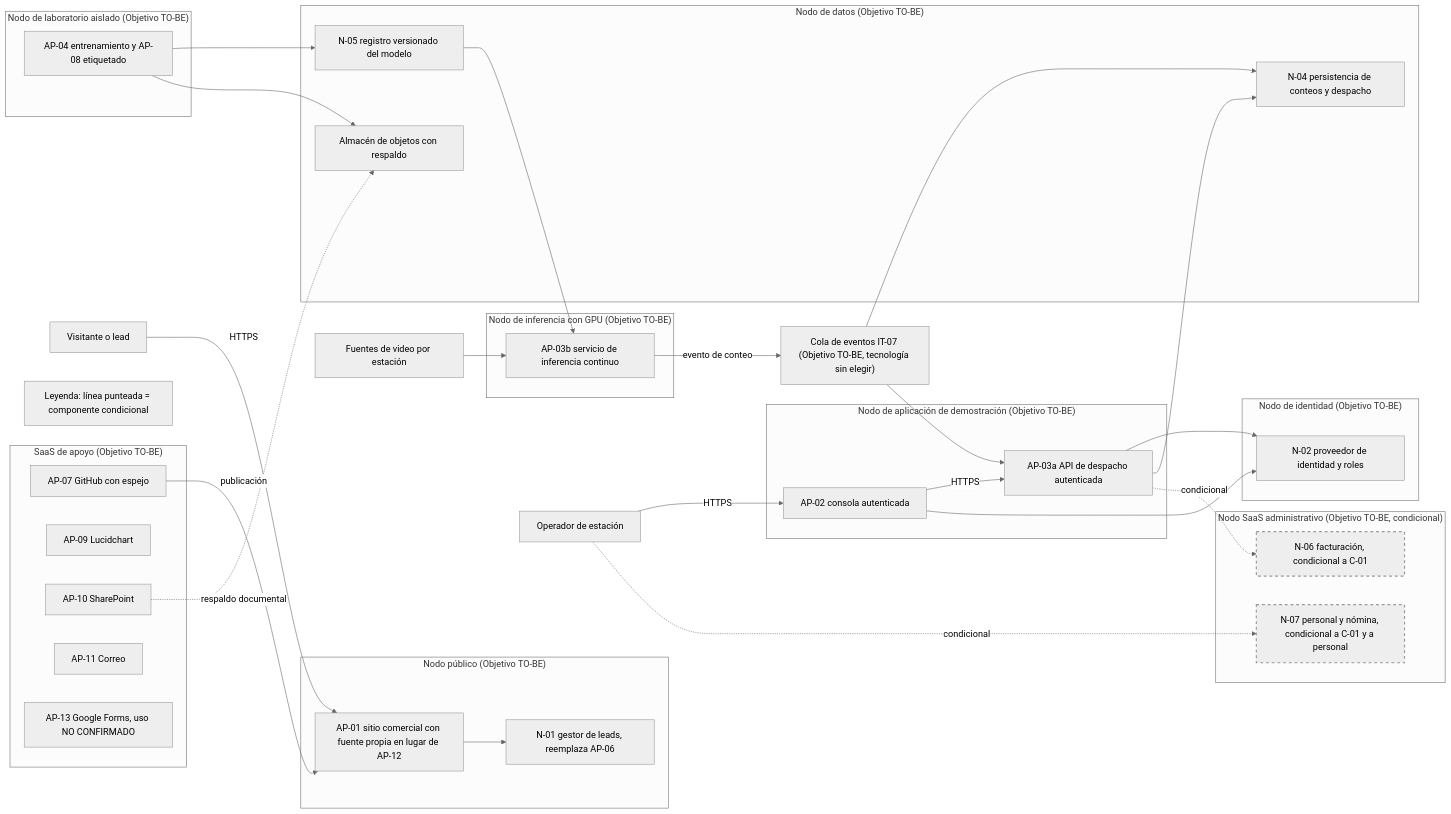
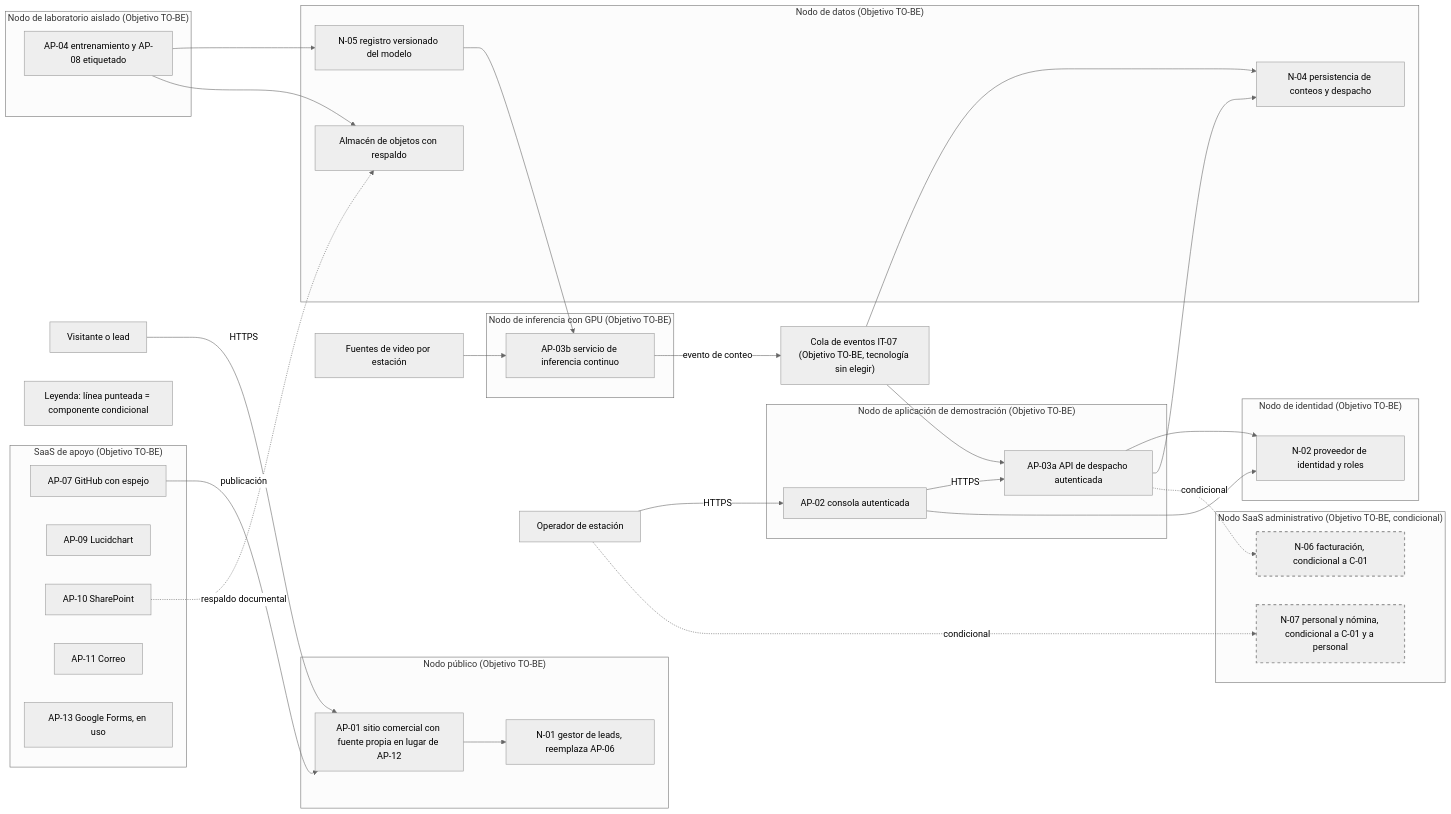
Before and after one commit to 5arSanti/tro-launcher: the diagram in docs/ae-final-project/ondas/M4-tecnologia/diagramas/E4b-tecnologia-to-be.mmd, drawn with Mermaid (neutral theme). The commit also changed 20 other files, not shown here.

First line of the commit message:
Cierre de NO CONFIRMADO: cámaras, red, Google Forms, nube y fuentes normativas (#22)

```diff
--- a/docs/ae-final-project/ondas/M4-tecnologia/diagramas/E4b-tecnologia-to-be.mmd
+++ b/docs/ae-final-project/ondas/M4-tecnologia/diagramas/E4b-tecnologia-to-be.mmd
@@ -1,58 +1,58 @@
 flowchart LR
   OPE["Operador de estación"]
   VIS["Visitante o lead"]
   subgraph PUB["Nodo público (Objetivo TO-BE)"]
     WEB["AP-01 sitio comercial con fuente propia en lugar de AP-12"]
     CRM["N-01 gestor de leads, reemplaza AP-06"]
   end
   subgraph IDP["Nodo de identidad (Objetivo TO-BE)"]
     ID["N-02 proveedor de identidad y roles"]
   end
   subgraph APP["Nodo de aplicación de demostración (Objetivo TO-BE)"]
     CON["AP-02 consola autenticada"]
     DES["AP-03a API de despacho autenticada"]
   end
   subgraph INF["Nodo de inferencia con GPU (Objetivo TO-BE)"]
     INFS["AP-03b servicio de inferencia continuo"]
   end
   Q["Cola de eventos IT-07 (Objetivo TO-BE, tecnología sin elegir)"]
   subgraph DAT["Nodo de datos (Objetivo TO-BE)"]
     DB["N-04 persistencia de conteos y despacho"]
     REG["N-05 registro versionado del modelo"]
     OBJ["Almacén de objetos con respaldo"]
   end
   subgraph LAB["Nodo de laboratorio aislado (Objetivo TO-BE)"]
     TR["AP-04 entrenamiento y AP-08 etiquetado"]
   end
   subgraph SAAS["SaaS de apoyo (Objetivo TO-BE)"]
     GH["AP-07 GitHub con espejo"]
     LC["AP-09 Lucidchart"]
     SP["AP-10 SharePoint"]
     CO["AP-11 Correo"]
-    GFO["AP-13 Google Forms, uso NO CONFIRMADO"]
+    GFO["AP-13 Google Forms, en uso"]
   end
   subgraph ADM["Nodo SaaS administrativo (Objetivo TO-BE, condicional)"]
     FAC["N-06 facturación, condicional a C-01"]
     NOM["N-07 personal y nómina, condicional a C-01 y a personal"]
   end
   LEY["Leyenda: línea punteada = componente condicional"]
   CAMS["Fuentes de video por estación"] --> INFS
   VIS -->|HTTPS| WEB
   OPE -->|HTTPS| CON
   CON -->|HTTPS| DES
   CON --> ID
   DES --> ID
   INFS -->|evento de conteo| Q
   Q --> DES
   Q --> DB
   DES --> DB
   REG --> INFS
   TR --> REG
   TR --> OBJ
   WEB --> CRM
   GH -->|publicación| WEB
   SP -.->|respaldo documental| OBJ
   DES -.->|condicional| FAC
   OPE -.->|condicional| NOM
   classDef condicional stroke-dasharray: 5 5,stroke-width:2px
   class FAC,NOM condicional
```
